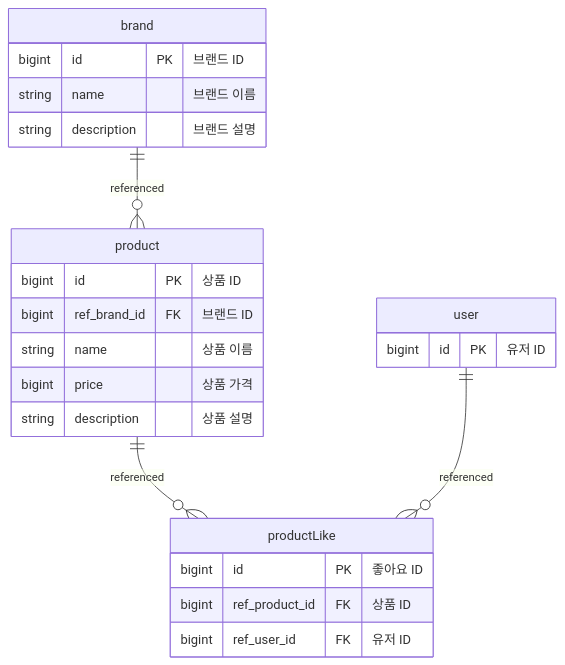
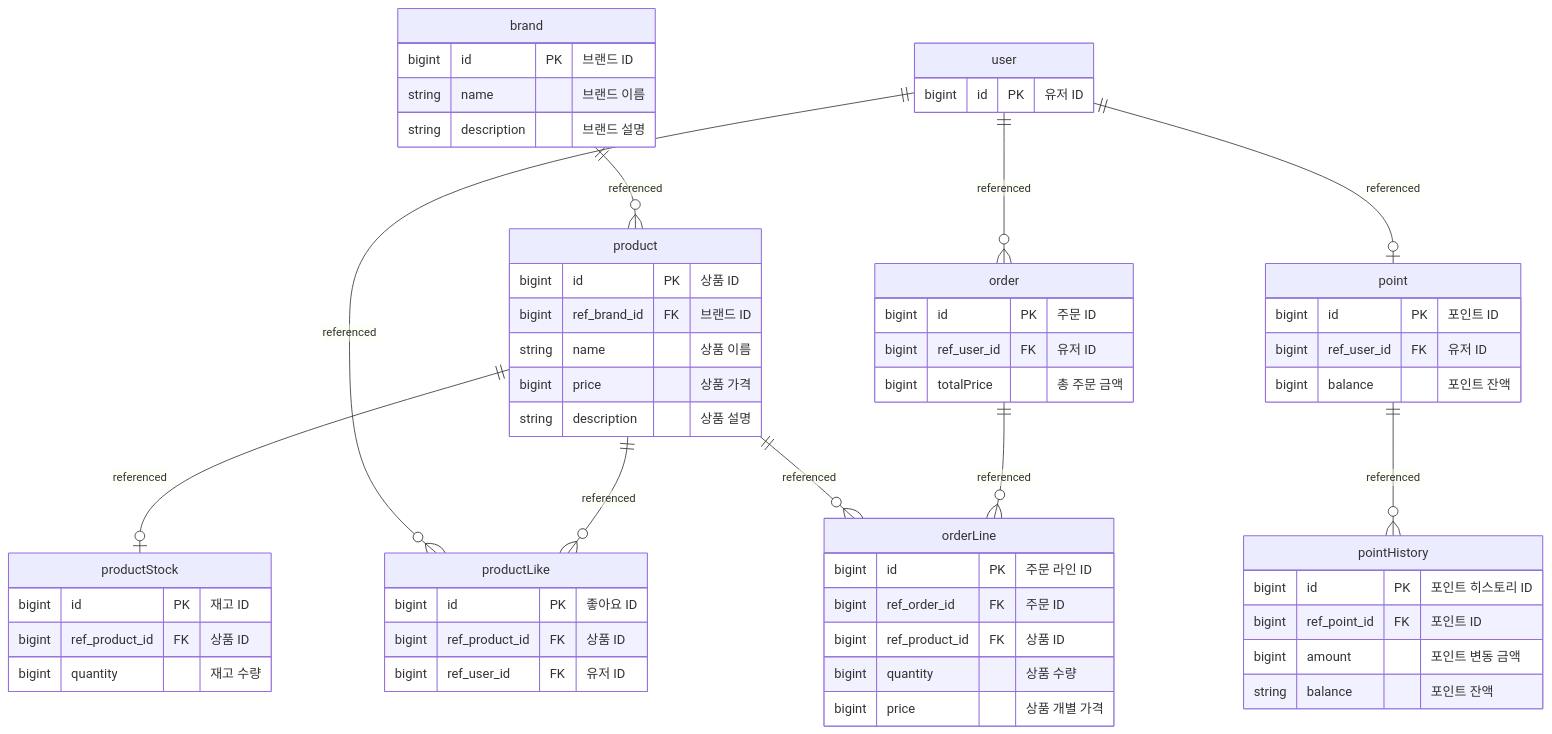
Before and after one commit to Roopers-Team-6/hainho: the diagram in docs/design/04-erd.md, drawn with Mermaid.

Commit message:
docs: 주문 생성 기능에 필요한 테이블 변경을 ER 다이어그램에 반영

````diff
--- a/docs/design/04-erd.md
+++ b/docs/design/04-erd.md
@@ -1,30 +1,76 @@
 ```mermaid
 erDiagram
     product {
         bigint id PK "상품 ID"
         bigint ref_brand_id FK "브랜드 ID"
         string name "상품 이름"
         bigint price "상품 가격"
         string description "상품 설명"
     }
 
+    product ||--o{ productLike: "referenced"
+
     productLike {
         bigint id PK "좋아요 ID"
         bigint ref_product_id FK "상품 ID"
         bigint ref_user_id FK "유저 ID"
     }
+
+    productStock {
+        bigint id PK "재고 ID"
+        bigint ref_product_id FK "상품 ID"
+        bigint quantity "재고 수량"
+    }
+
+    product ||--o| productStock: "referenced"
 
     brand {
         bigint id PK "브랜드 ID"
         string name "브랜드 이름"
         string description "브랜드 설명"
     }
 
+    brand ||--o{ product: "referenced"
+
     user {
         bigint id PK "유저 ID"
     }
 
-    brand ||--o{ product: "referenced"
-    product ||--o{ productLike: "referenced"
     user ||--o{ productLike: "referenced"
+    user ||--o| point: "referenced"
+
+    point {
+        bigint id PK "포인트 ID"
+        bigint ref_user_id FK "유저 ID"
+        bigint balance "포인트 잔액"
+    }
+
+    point ||--o{ pointHistory: "referenced"
+
+    pointHistory {
+        bigint id PK "포인트 히스토리 ID"
+        bigint ref_point_id FK "포인트 ID"
+        bigint amount "포인트 변동 금액"
+        string balance "포인트 잔액"
+    }
+
+    order {
+        bigint id PK "주문 ID"
+        bigint ref_user_id FK "유저 ID"
+        bigint totalPrice "총 주문 금액"
+    }
+
+    user ||--o{ order: "referenced"
+    order ||--o{ orderLine: "referenced"
+
+    orderLine {
+        bigint id PK "주문 라인 ID"
+        bigint ref_order_id FK "주문 ID"
+        bigint ref_product_id FK "상품 ID"
+        bigint quantity "상품 수량"
+        bigint price "상품 개별 가격"
+    }
+
+    product ||--o{ orderLine: "referenced"
+
 ```
````
